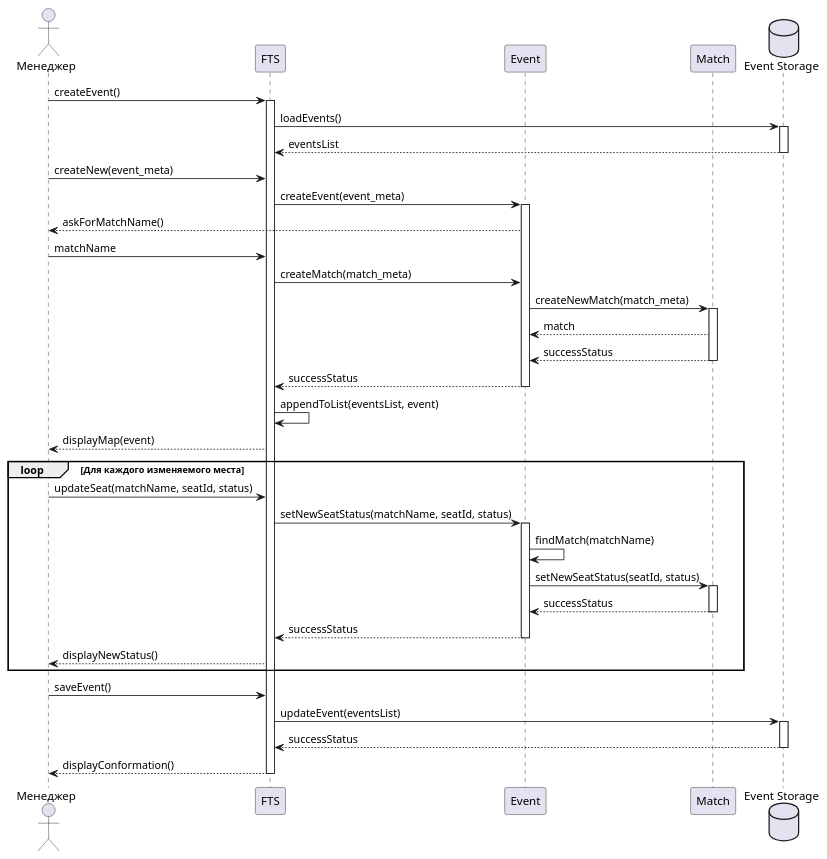
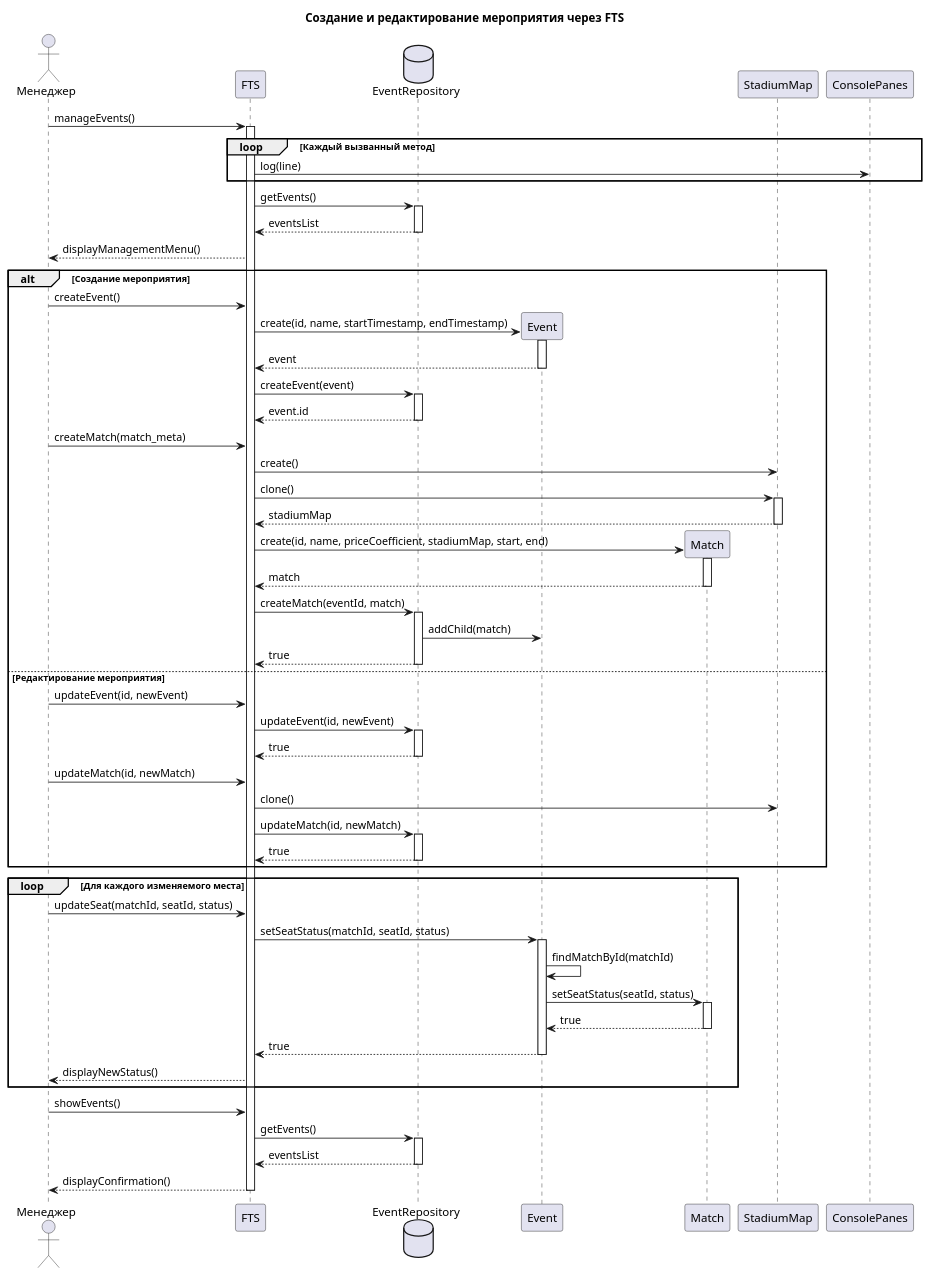
Before and after one commit to penamarth/bsbo-11-24_team5_var10_football: the diagram in Преценденты/Создание и редактирование мероприятия/Диаграмма последовательности.md, drawn with PlantUML. The commit also changed 56 other files, not shown here.

````diff
--- a/Преценденты/Создание и редактирование мероприятия/Диаграмма последовательности.md
+++ b/Преценденты/Создание и редактирование мероприятия/Диаграмма последовательности.md
@@ -3,55 +3,96 @@
 ```plantuml
 @startuml
+title Создание и редактирование мероприятия через FTS
+
 actor "Менеджер" as Manager
 
-participant "FTS" as Controller
+participant "FTS" as FTS
+database "EventRepository" as EventRepository
 participant "Event" as Event
 participant "Match" as Match
-database "Event Storage" as DB
+participant "StadiumMap" as StadiumMap
+participant "ConsolePanes" as Panes
 
-Manager -> Controller : createEvent()
-activate Controller
-Controller -> DB : loadEvents()
-activate DB
-DB --> Controller : eventsList
-deactivate DB
-Manager -> Controller : createNew(event_meta)
-Controller -> Event : createEvent(event_meta)
-activate Event
-Event --> Manager : askForMatchName()
-Manager -> Controller : matchName
-Controller -> Event : createMatch(match_meta)
-Event -> Match : createNewMatch(match_meta)
-activate Match
-Match --> Event : match
+Manager -> FTS : manageEvents()
+activate FTS
 
-Match --> Event : successStatus
-deactivate Match
-Event --> Controller : successStatus
-deactivate Event
-Controller -> Controller : appendToList(eventsList, event)
-Controller --> Manager : displayMap(event)
+loop Каждый вызванный метод
+    FTS -> Panes : log(line)
+end
+
+FTS -> EventRepository : getEvents()
+activate EventRepository
+EventRepository --> FTS : eventsList
+deactivate EventRepository
+FTS --> Manager : displayManagementMenu()
+
+alt Создание мероприятия
+    Manager -> FTS : createEvent()
+    create Event
+    FTS -> Event : create(id, name, startTimestamp, endTimestamp)
+    activate Event
+    Event --> FTS : event
+    deactivate Event
+
+    FTS -> EventRepository : createEvent(event)
+    activate EventRepository
+    EventRepository --> FTS : event.id
+    deactivate EventRepository
+
+    Manager -> FTS : createMatch(match_meta)
+    FTS -> StadiumMap : create()
+    FTS -> StadiumMap : clone()
+    activate StadiumMap
+    StadiumMap --> FTS : stadiumMap
+    deactivate StadiumMap
+
+    create Match
+    FTS -> Match : create(id, name, priceCoefficient, stadiumMap, start, end)
+    activate Match
+    Match --> FTS : match
+    deactivate Match
+
+    FTS -> EventRepository : createMatch(eventId, match)
+    activate EventRepository
+    EventRepository -> Event : addChild(match)
+    EventRepository --> FTS : true
+    deactivate EventRepository
+else Редактирование мероприятия
+    Manager -> FTS : updateEvent(id, newEvent)
+    FTS -> EventRepository : updateEvent(id, newEvent)
+    activate EventRepository
+    EventRepository --> FTS : true
+    deactivate EventRepository
+
+    Manager -> FTS : updateMatch(id, newMatch)
+    FTS -> StadiumMap : clone()
+    FTS -> EventRepository : updateMatch(id, newMatch)
+    activate EventRepository
+    EventRepository --> FTS : true
+    deactivate EventRepository
+end
 
 loop Для каждого изменяемого места
-    Manager -> Controller : updateSeat(matchName, seatId, status)
-    Controller -> Event : setNewSeatStatus(matchName, seatId, status)
+    Manager -> FTS : updateSeat(matchId, seatId, status)
+    FTS -> Event : setSeatStatus(matchId, seatId, status)
     activate Event
-    Event -> Event : findMatch(matchName)
-    Event -> Match : setNewSeatStatus(seatId, status)
+    Event -> Event : findMatchById(matchId)
+    Event -> Match : setSeatStatus(seatId, status)
     activate Match
-    Match --> Event : successStatus
+    Match --> Event : true
     deactivate Match
-    Event --> Controller : successStatus
+    Event --> FTS : true
     deactivate Event
-    Controller --> Manager : displayNewStatus()
+    FTS --> Manager : displayNewStatus()
 end
 
-Manager -> Controller : saveEvent()
-Controller -> DB : updateEvent(eventsList)
-activate DB
-DB --> Controller : successStatus
-deactivate DB
-Controller --> Manager : displayConformation()
-deactivate Controller
+Manager -> FTS : showEvents()
+FTS -> EventRepository : getEvents()
+activate EventRepository
+EventRepository --> FTS : eventsList
+deactivate EventRepository
+FTS --> Manager : displayConfirmation()
+
+deactivate FTS
 @enduml
 ```
````
